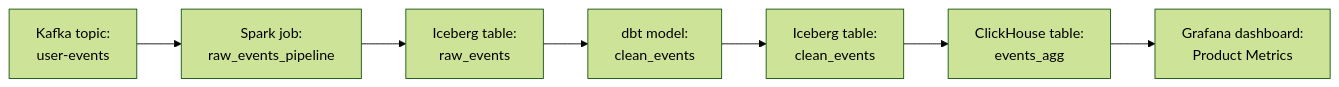
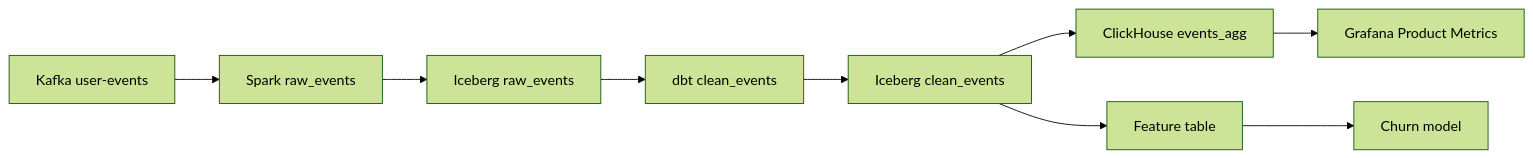
One commit to sanketn26/data-engineering changed the diagram in docs/metadata/index.md. Above: the diagram before and after it, drawn with Mermaid (forest theme). The commit also changed other lines of this file and 107 other files, not shown here.

````diff
--- a/docs/metadata/index.md
+++ b/docs/metadata/index.md
@@ -30,9 +55,11 @@
 ```mermaid
 graph LR
-    K["Kafka topic:\nuser-events"] --> R["Spark job:\nraw_events_pipeline"]
-    R --> I["Iceberg table:\nraw_events"]
-    I --> D["dbt model:\nclean_events"]
-    D --> I2["Iceberg table:\nclean_events"]
-    I2 --> C["ClickHouse table:\nevents_agg"]
-    C --> G["Grafana dashboard:\nProduct Metrics"]
+    K["Kafka user-events"] --> R["Spark raw_events"]
+    R --> I["Iceberg raw_events"]
+    I --> D["dbt clean_events"]
+    D --> I2["Iceberg clean_events"]
+    I2 --> C["ClickHouse events_agg"]
+    C --> G["Grafana Product Metrics"]
+    I2 --> F["Feature table"]
+    F --> M["Churn model"]
 ```
````
